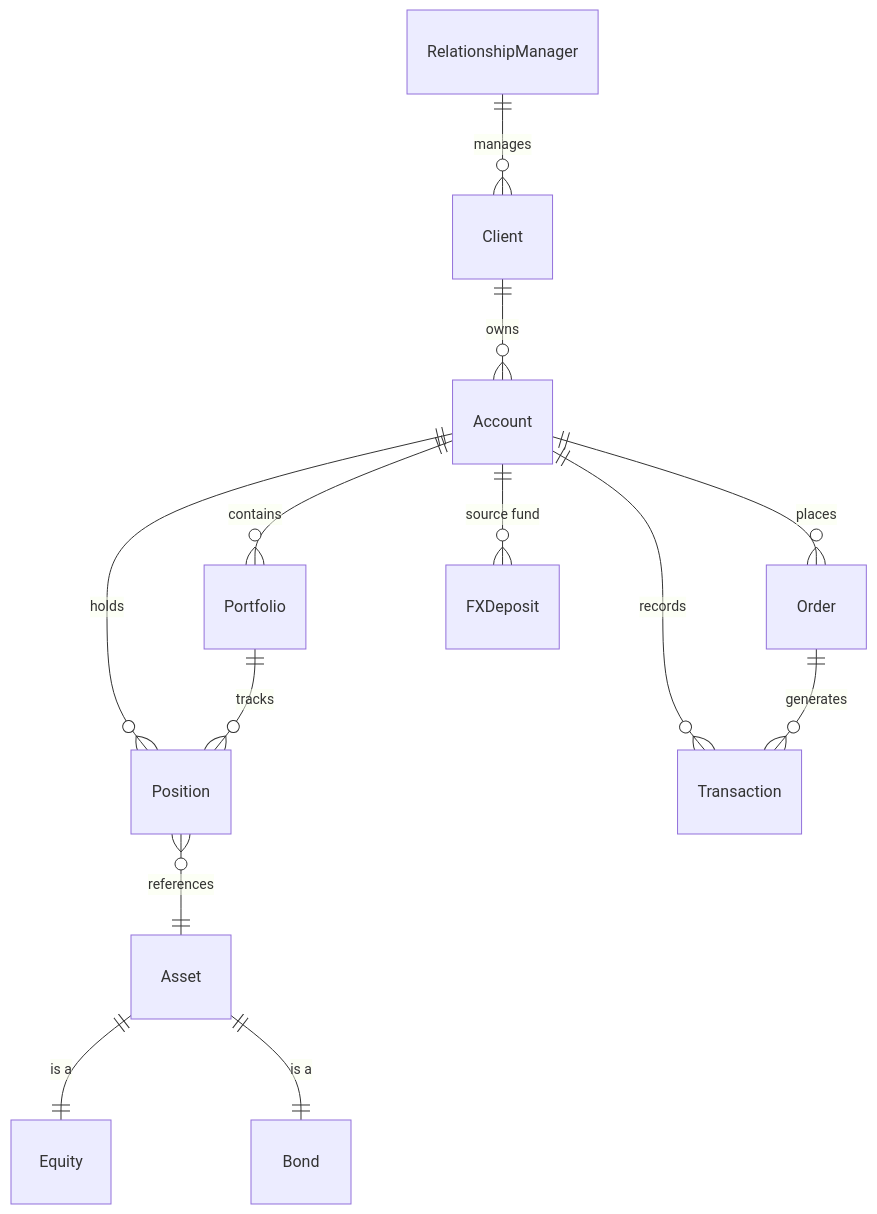
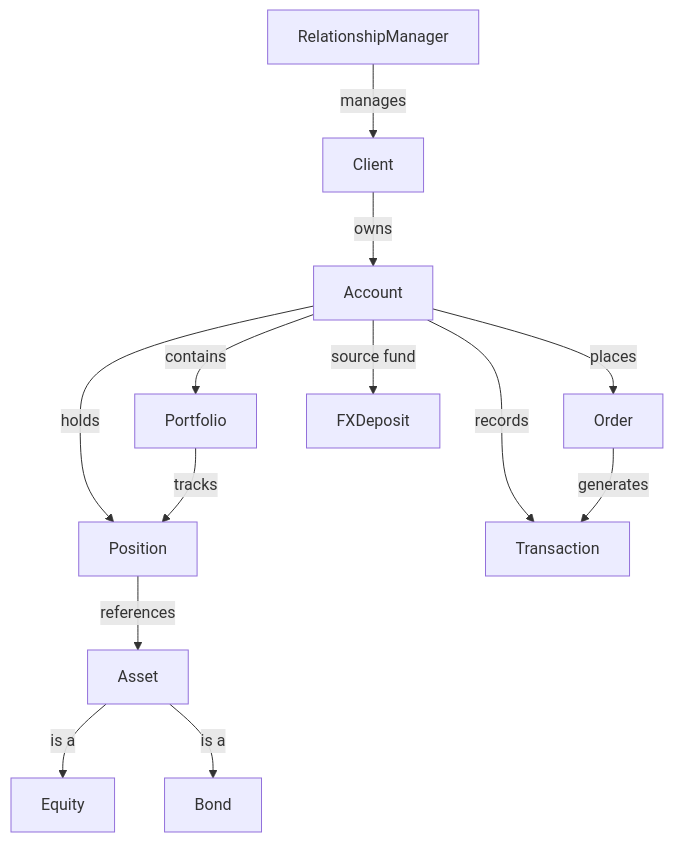
One commit to vahalla-wealth/investment-data changed the diagram in docs/bank-data-specification-equity-bond.md. Above: the diagram before and after it, drawn with Mermaid.

Commit message:
convert entity relationship diagram from erDiagram to graph TD format

````diff
--- a/docs/bank-data-specification-equity-bond.md
+++ b/docs/bank-data-specification-equity-bond.md
@@ -33,15 +33,15 @@
 ```mermaid
-erDiagram
-    RelationshipManager ||--o{ Client : manages
-    Client ||--o{ Account : owns
-    Account ||--o{ Portfolio : contains
-    Account ||--o{ Position : holds
-    Account ||--o{ Transaction : records
-    Account ||--o{ Order : places
-    Account ||--o{ FXDeposit : "source fund"
-    Portfolio ||--o{ Position : tracks
-    Order ||--o{ Transaction : generates
-    Position }o--|| Asset : references
-    Asset ||--|| Equity : "is a"
-    Asset ||--|| Bond : "is a"
+graph TD
+    RelationshipManager -->|manages| Client
+    Client -->|owns| Account
+    Account -->|contains| Portfolio
+    Account -->|holds| Position
+    Account -->|records| Transaction
+    Account -->|places| Order
+    Account -->|source fund| FXDeposit
+    Portfolio -->|tracks| Position
+    Order -->|generates| Transaction
+    Position -->|references| Asset
+    Asset -->|is a| Equity
+    Asset -->|is a| Bond
 ```
````
